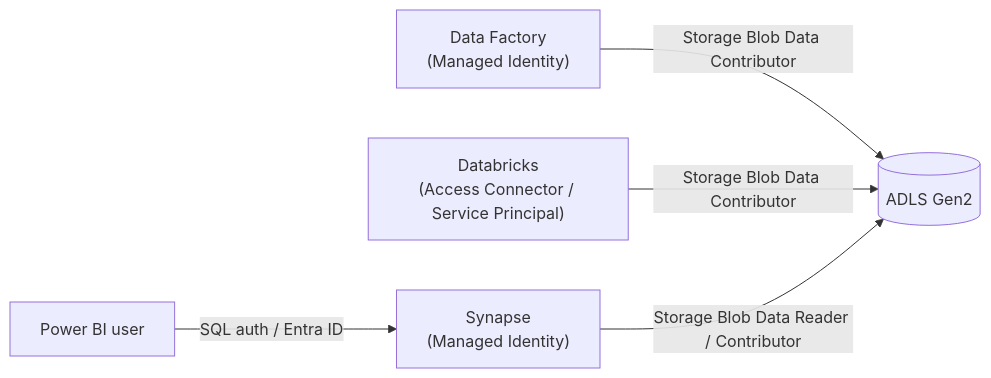
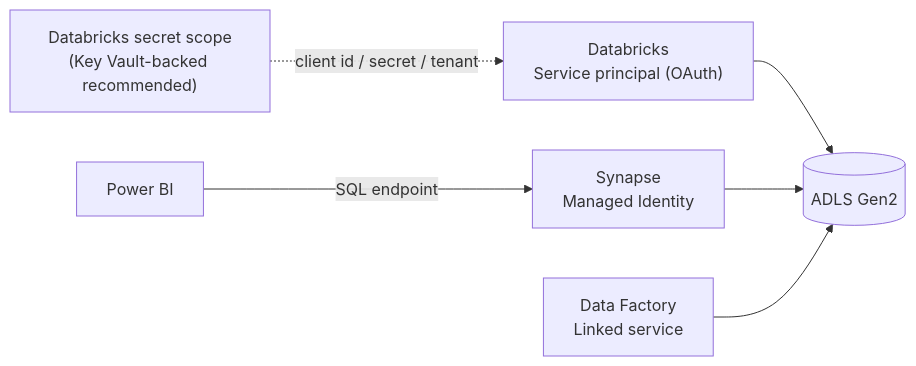
Before and after one commit to Abinash072/Azure-End-To-End-Data-Engineering-Project: the second of 4 diagrams in README.md, drawn with Mermaid. The commit also changed other lines of this file and 1 other file, not shown here.

````diff
--- a/README.md
+++ b/README.md
@@ -103,7 +102,8 @@
 ```mermaid
 flowchart LR
-    ADFm["Data Factory<br/>(Managed Identity)"] -- "Storage Blob Data Contributor" --> ADLS[("ADLS Gen2")]
-    DBXm["Databricks<br/>(Access Connector / Service Principal)"] -- "Storage Blob Data Contributor" --> ADLS
-    SYNm["Synapse<br/>(Managed Identity)"] -- "Storage Blob Data Reader / Contributor" --> ADLS
-    PBIu["Power BI user"] -- "SQL auth / Entra ID" --> SYNm
+    DBX["Databricks<br/>Service principal (OAuth)"] --> ADLS[("ADLS Gen2")]
+    KV["Databricks secret scope<br/>(Key Vault-backed recommended)"] -.->|"client id / secret / tenant"| DBX
+    SYN["Synapse<br/>Managed Identity"] --> ADLS
+    ADF["Data Factory<br/>Linked service"] --> ADLS
+    PBI["Power BI"] -->|"SQL endpoint"| SYN
 ```
````
